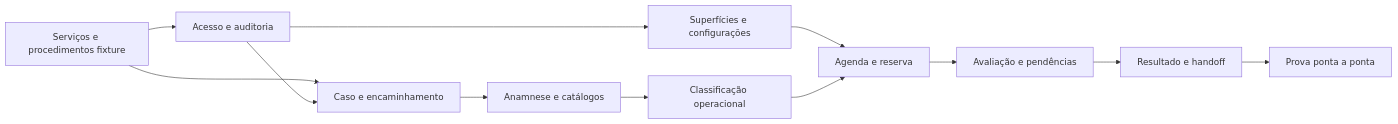
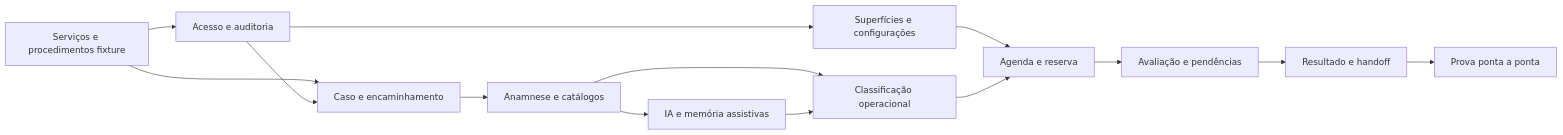
Before and after one commit to nmarcofernandess/antessala: the fourth of 4 diagrams in hack/analysis.md, drawn with Mermaid. The commit also changed other lines of this file and 21 other files, not shown here.

````diff
--- a/hack/analysis.md
+++ b/hack/analysis.md
@@ -577,14 +601,16 @@
 ```mermaid
 flowchart LR
   master["Serviços e procedimentos fixture"] --> auth["Acesso e auditoria"]
   master --> case["Caso e encaminhamento"]
   auth --> case
   case --> anamnesis["Anamnese e catálogos"]
   anamnesis --> requirement["Classificação operacional"]
+  anamnesis --> ai["IA e memória assistivas"]
+  ai --> requirement
   auth --> config["Superfícies e configurações"]
   config --> agenda["Agenda e reserva"]
   requirement --> agenda
   agenda --> evaluation["Avaliação e pendências"]
   evaluation --> handoff["Resultado e handoff"]
   handoff --> proof["Prova ponta a ponta"]
 ```
````
